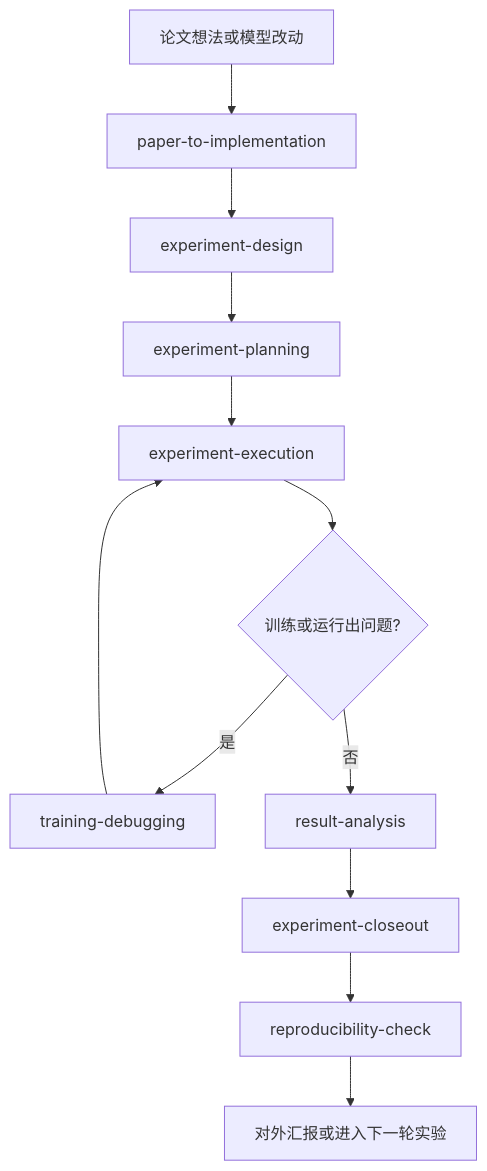
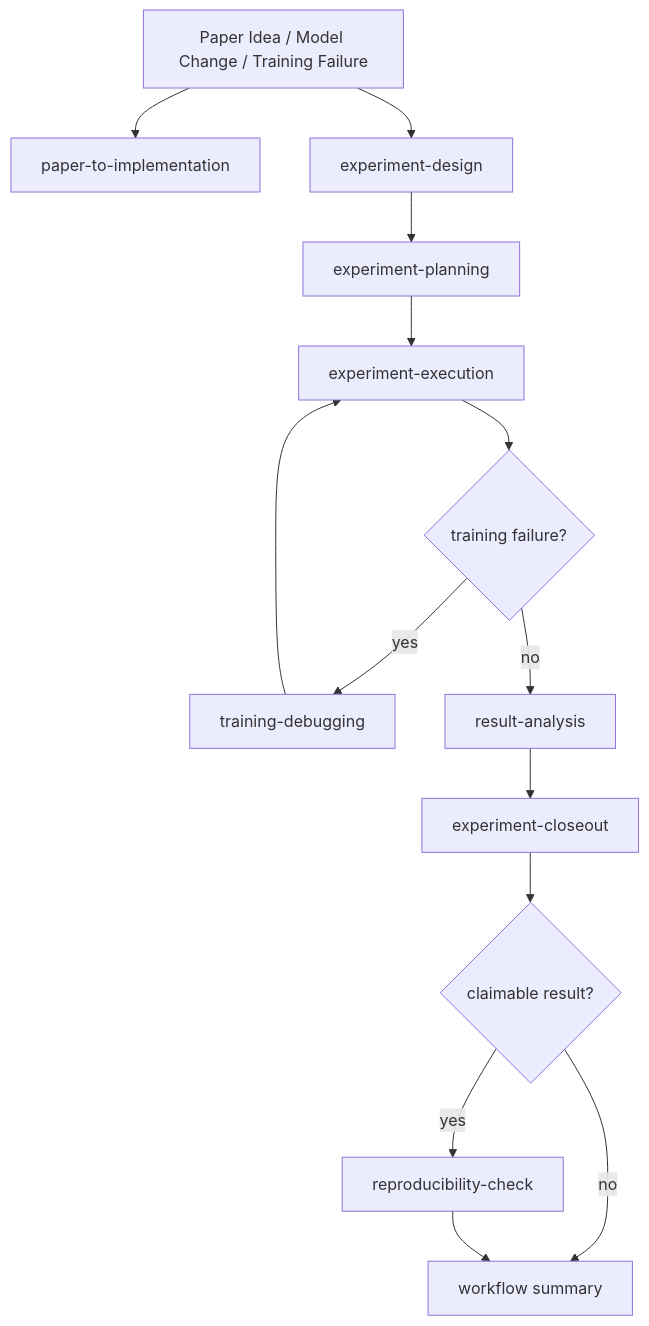
One commit to ziangbuchu/mysuperpowers changed the diagram in README.md. Above: the diagram before and after it, drawn with Mermaid. The commit also changed other lines of this file and 40 other files, not shown here.

````diff
--- a/README.md
+++ b/README.md
@@ -43,14 +59,16 @@
 ```mermaid
 flowchart TD
-  A[论文想法或模型改动] --> B[paper-to-implementation]
-  B --> C[experiment-design]
+  A[Paper Idea / Model Change / Training Failure] --> B[paper-to-implementation]
+  A --> C[experiment-design]
   C --> D[experiment-planning]
   D --> E[experiment-execution]
-  E --> F{训练或运行出问题?}
-  F -- 是 --> G[training-debugging]
+  E --> F{training failure?}
+  F -- yes --> G[training-debugging]
   G --> E
-  F -- 否 --> H[result-analysis]
+  F -- no --> H[result-analysis]
   H --> I[experiment-closeout]
-  I --> J[reproducibility-check]
-  J --> K[对外汇报或进入下一轮实验]
+  I --> J{claimable result?}
+  J -- yes --> K[reproducibility-check]
+  J -- no --> L[workflow summary]
+  K --> L
 ```
````
